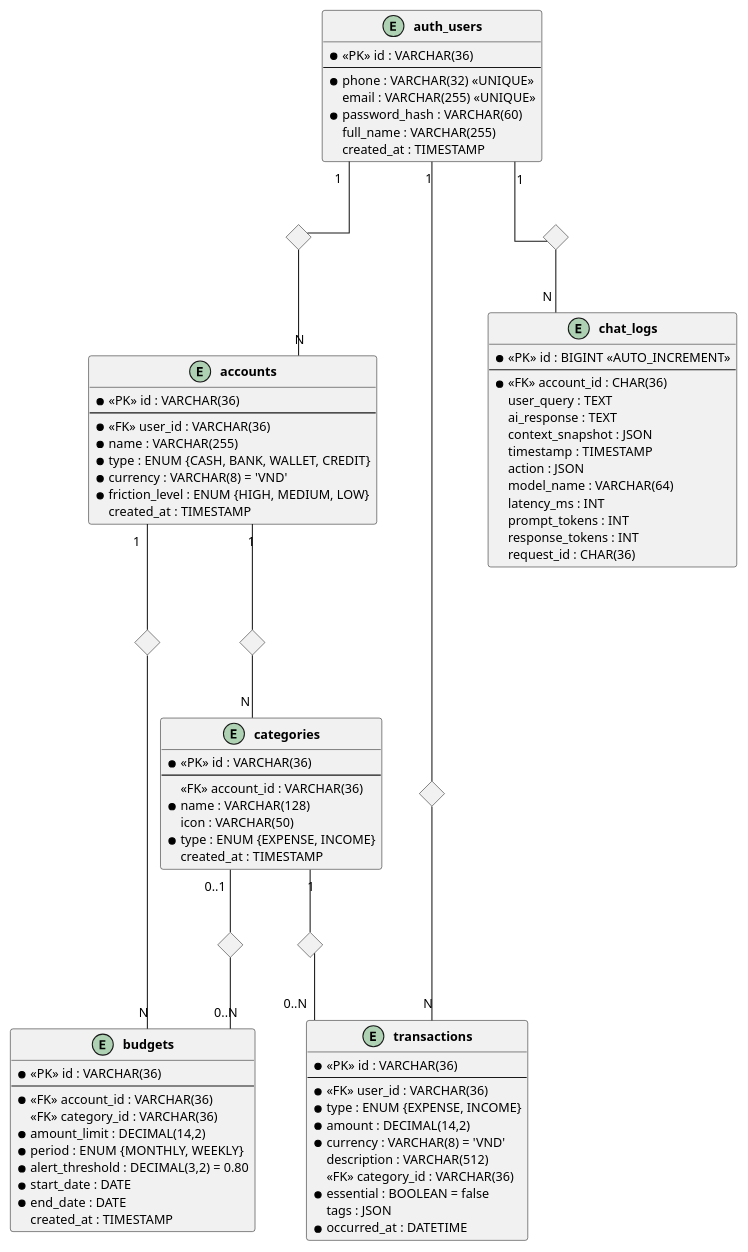
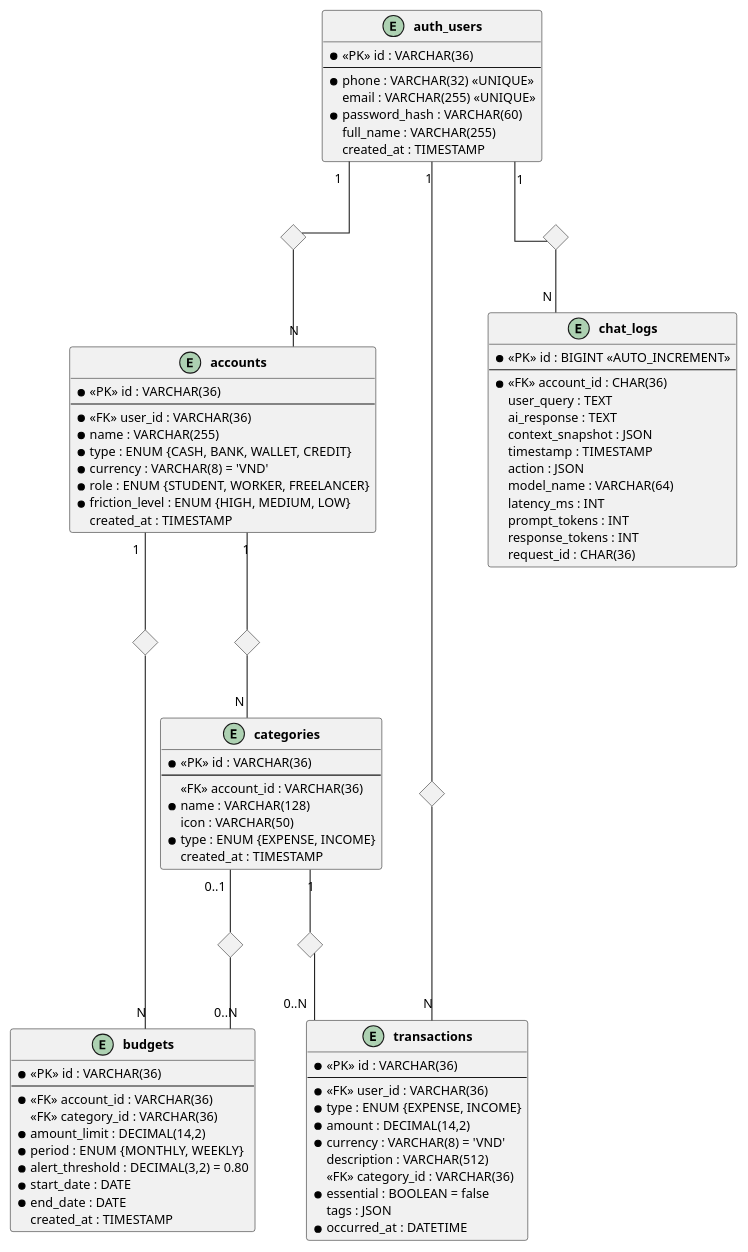
One commit to phucnguyenAtWork/AWAD2 changed the diagram in .diagrams/erd.puml. Above: the diagram before and after it, drawn with PlantUML. The commit also changed 12 other files, not shown here.

```diff
--- a/.diagrams/erd.puml
+++ b/.diagrams/erd.puml
@@ -1,125 +1,126 @@
 @startuml SmartFinance ERD (Chen Notation)
 
 skinparam linetype ortho
 skinparam defaultFontSize 12
 
 ' ============================================================
 '  ENTITIES (rectangles)
 ' ============================================================
 
 entity "**auth_users**" as users {
   * <<PK>> id : VARCHAR(36)
   --
   * phone : VARCHAR(32) <<UNIQUE>>
   email : VARCHAR(255) <<UNIQUE>>
   * password_hash : VARCHAR(60)
   full_name : VARCHAR(255)
   created_at : TIMESTAMP
 }
 
 entity "**accounts**" as accounts {
   * <<PK>> id : VARCHAR(36)
   --
   * <<FK>> user_id : VARCHAR(36)
   * name : VARCHAR(255)
   * type : ENUM {CASH, BANK, WALLET, CREDIT}
   * currency : VARCHAR(8) = 'VND'
+  * role : ENUM {STUDENT, WORKER, FREELANCER}
   * friction_level : ENUM {HIGH, MEDIUM, LOW}
   created_at : TIMESTAMP
 }
 
 entity "**categories**" as categories {
   * <<PK>> id : VARCHAR(36)
   --
   <<FK>> account_id : VARCHAR(36)
   * name : VARCHAR(128)
   icon : VARCHAR(50)
   * type : ENUM {EXPENSE, INCOME}
   created_at : TIMESTAMP
 }
 
 entity "**transactions**" as transactions {
   * <<PK>> id : VARCHAR(36)
   --
   * <<FK>> user_id : VARCHAR(36)
   * type : ENUM {EXPENSE, INCOME}
   * amount : DECIMAL(14,2)
   * currency : VARCHAR(8) = 'VND'
   description : VARCHAR(512)
   <<FK>> category_id : VARCHAR(36)
   * essential : BOOLEAN = false
   tags : JSON
   * occurred_at : DATETIME
 }
 
 entity "**budgets**" as budgets {
   * <<PK>> id : VARCHAR(36)
   --
   * <<FK>> account_id : VARCHAR(36)
   <<FK>> category_id : VARCHAR(36)
   * amount_limit : DECIMAL(14,2)
   * period : ENUM {MONTHLY, WEEKLY}
   * alert_threshold : DECIMAL(3,2) = 0.80
   * start_date : DATE
   * end_date : DATE
   created_at : TIMESTAMP
 }
 
 entity "**chat_logs**" as chatlogs {
   * <<PK>> id : BIGINT <<AUTO_INCREMENT>>
   --
   * <<FK>> account_id : CHAR(36)
   user_query : TEXT
   ai_response : TEXT
   context_snapshot : JSON
   timestamp : TIMESTAMP
   action : JSON
   model_name : VARCHAR(64)
   latency_ms : INT
   prompt_tokens : INT
   response_tokens : INT
   request_id : CHAR(36)
 }
 
 ' ============================================================
 '  RELATIONSHIPS (diamonds with cardinality)
 ' ============================================================
 
 ' --- Chen-style diamonds ---
 diamond "owns" as d_owns
 diamond "has" as d_has
 diamond "records" as d_records
 diamond "classifies" as d_classifies
 diamond "has\nbudget" as d_accbud
 diamond "targets" as d_targets
 diamond "logs" as d_logs
 
 ' --- User → Account (1:N) ---
 users "1" -- d_owns
 d_owns -- "N" accounts
 
 ' --- Account → Category (1:N) ---
 accounts "1" -- d_has
 d_has -- "N" categories
 
 ' --- User → Transaction (1:N) ---
 users "1" -- d_records
 d_records -- "N" transactions
 
 ' --- Category → Transaction (1:N) ---
 categories "1" -- d_classifies
 d_classifies -- "0..N" transactions
 
 ' --- Account → Budget (1:N) ---
 accounts "1" -- d_accbud
 d_accbud -- "N" budgets
 
 ' --- Category → Budget (1:N optional) ---
 categories "0..1" -- d_targets
 d_targets -- "0..N" budgets
 
 ' --- User → ChatLog (1:N) ---
 users "1" -- d_logs
 d_logs -- "N" chatlogs
 
 @enduml
```
